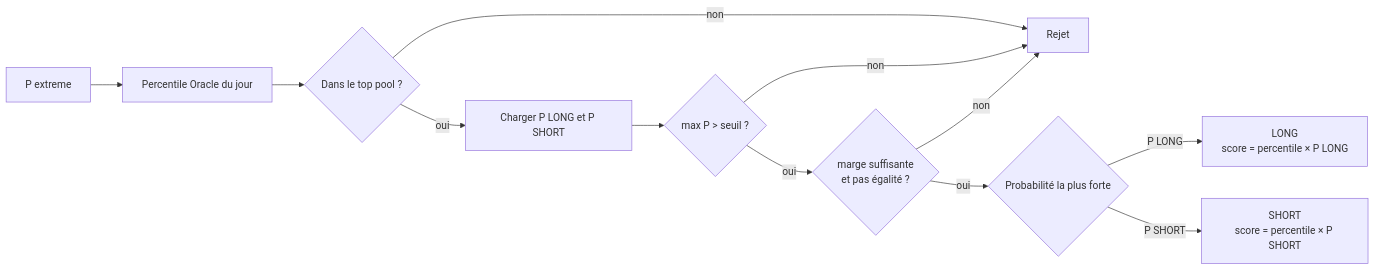
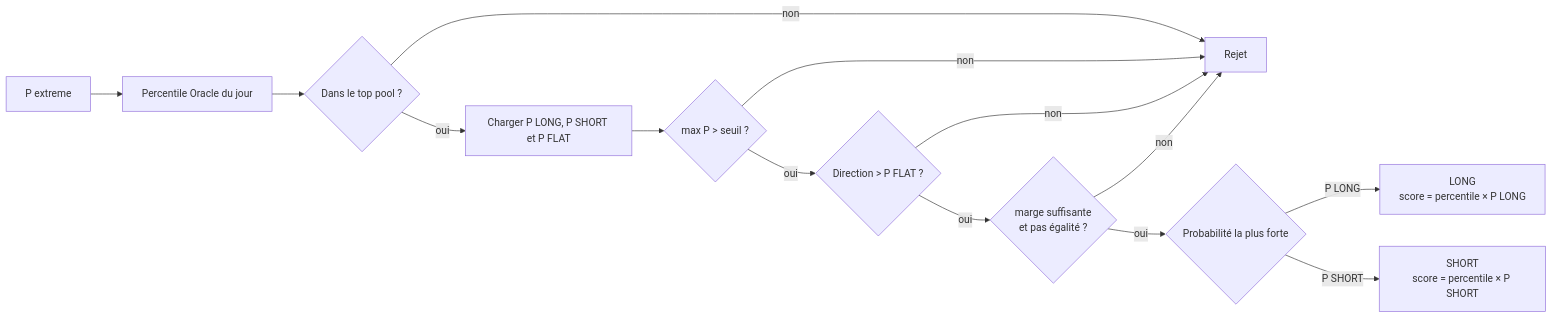
Before and after one commit to mli2000fr/alpha_trade: the tenth of 10 diagrams in doc/mode_cascade.md, drawn with Mermaid. The commit also changed other lines of this file and 15 other files, not shown here.

````diff
--- a/doc/mode_cascade.md
+++ b/doc/mode_cascade.md
@@ -418,14 +419,16 @@
 ```mermaid
 flowchart LR
   O[P extreme] --> OP[Percentile Oracle du jour]
   OP --> G{Dans le top pool ?}
   G -->|non| X[Rejet]
-  G -->|oui| P[Charger P LONG et P SHORT]
+  G -->|oui| P[Charger P LONG, P SHORT et P FLAT]
   P --> Q{max P > seuil ?}
   Q -->|non| X
-  Q -->|oui| M{marge suffisante<br/>et pas égalité ?}
+  Q -->|oui| F{Direction > P FLAT ?}
+  F -->|non| X
+  F -->|oui| M{marge suffisante<br/>et pas égalité ?}
   M -->|non| X
   M -->|oui| D{Probabilité la plus forte}
   D -->|P LONG| L[LONG<br/>score = percentile × P LONG]
   D -->|P SHORT| S[SHORT<br/>score = percentile × P SHORT]
 ```
````
